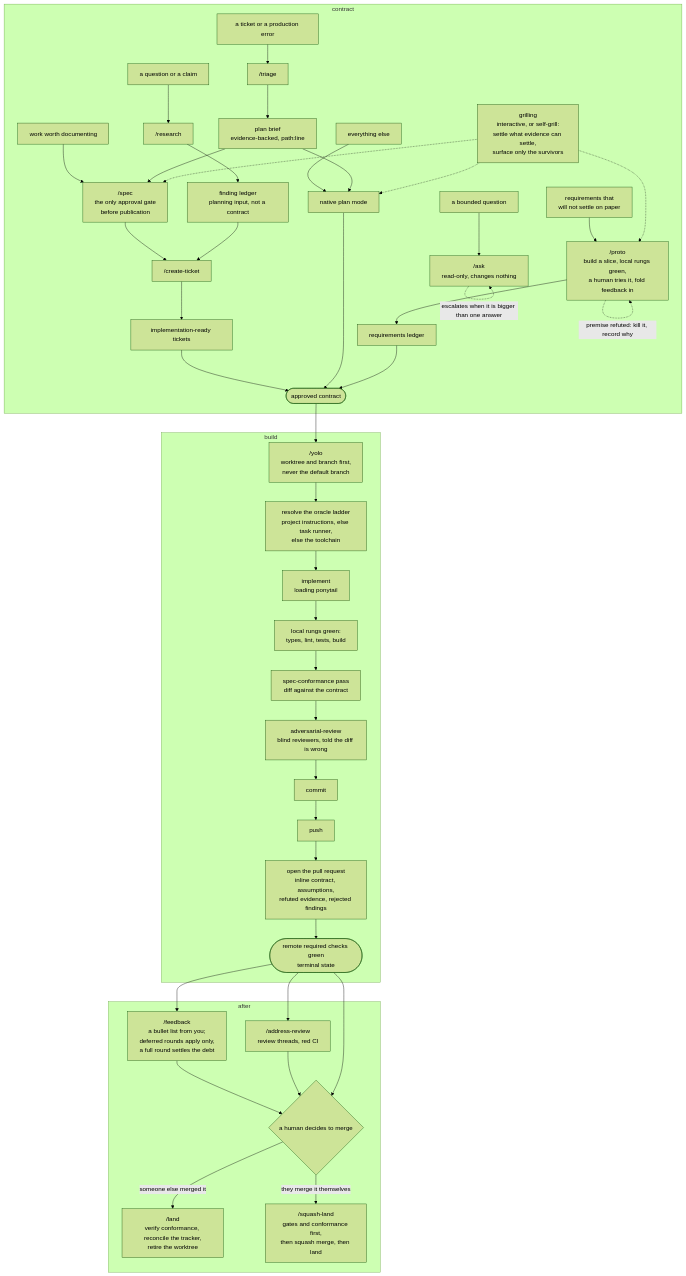
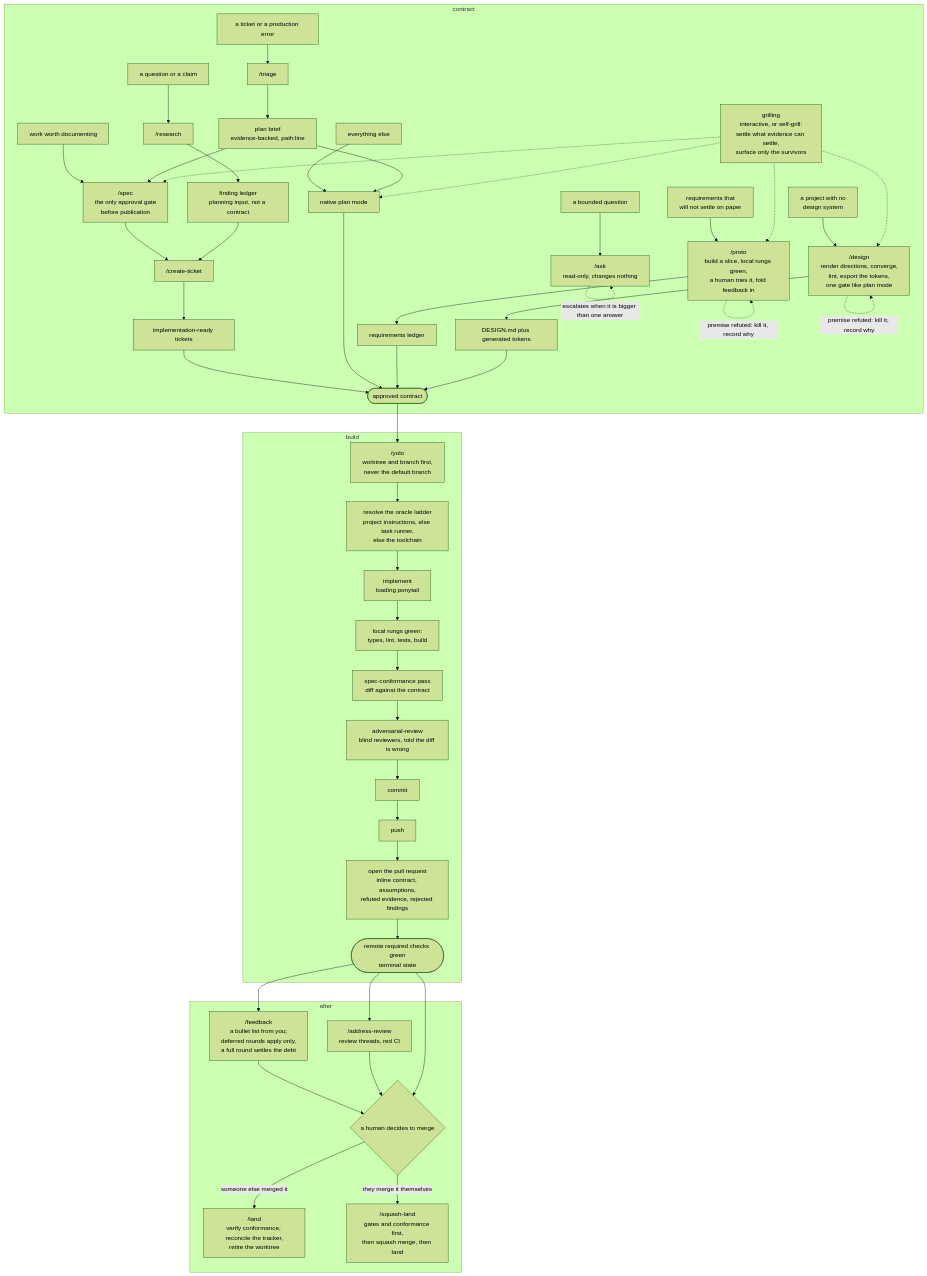
Before and after one commit to jvillegasd/harness: the first of 2 diagrams in harness/README.md, drawn with Mermaid (forest theme). The commit also changed other lines of this file and 6 other files, not shown here.

First line of the commit message:
feat(harness): add /design and the per-project DESIGN.md (#18)

````diff
--- a/harness/README.md
+++ b/harness/README.md
@@ -18,56 +18,62 @@
 ```mermaid
 flowchart TD
     subgraph CONTRACT["contract"]
         ask_in["a bounded question"] --> ask["/ask<br>read-only, changes nothing"]
         ask -.->|escalates when it is bigger than one answer| ask
 
         research_in["a question or a claim"] --> research["/research"]
         research --> ledger["finding ledger<br>planning input, not a contract"]
 
         triage_in["a ticket or a production error"] --> triage["/triage"]
         triage --> brief["plan brief<br>evidence-backed, path:line"]
 
         doc_in["work worth documenting"] --> spec["/spec<br>the only approval gate<br>before publication"]
         spec --> createticket["/create-ticket"]
         ledger --> createticket
         createticket --> ticket["implementation-ready tickets"]
 
         proto_in["requirements that<br>will not settle on paper"] --> proto["/proto<br>build a slice, local rungs green,<br>a human tries it, fold feedback in"]
         proto --> protoledger["requirements ledger"]
         proto -.->|premise refuted: kill it, record why| proto
 
+        design_in["a project with no<br>design system"] --> design["/design<br>render directions, converge,<br>lint, export the tokens,<br>one gate like plan mode"]
+        design --> designsystem["DESIGN.md plus generated tokens"]
+        design -.->|premise refuted: kill it, record why| design
+
         else_in["everything else"] --> plan["native plan mode"]
         brief --> plan
         brief --> spec
 
         grill["grilling<br>interactive, or self-grill:<br>settle what evidence can settle,<br>surface only the survivors"]
         grill -.-> spec
         grill -.-> plan
         grill -.-> proto
+        grill -.-> design
 
         ticket --> approval(["approved contract"])
         plan --> approval
         protoledger --> approval
+        designsystem --> approval
     end
 
     subgraph BUILD["build"]
         approval --> yolo["/yolo<br>worktree and branch first,<br>never the default branch"]
         yolo --> ladder["resolve the oracle ladder<br>project instructions, else task runner,<br>else the toolchain"]
         ladder --> implement["implement<br>loading ponytail"]
         implement --> rungs["local rungs green:<br>types, lint, tests, build"]
         rungs --> conform["spec-conformance pass<br>diff against the contract"]
         conform --> review["adversarial-review<br>blind reviewers, told the diff is wrong"]
         review --> commit["commit"] --> push["push"] --> pr["open the pull request<br>inline contract, assumptions,<br>refuted evidence, rejected findings"]
         pr --> checks(["remote required checks green<br>terminal state"])
     end
 
     subgraph AFTER["after"]
         checks --> feedback["/feedback<br>a bullet list from you;<br>deferred rounds apply only,<br>a full round settles the debt"]
         checks --> addressreview["/address-review<br>review threads, red CI"]
         feedback --> merge{"a human decides to merge"}
         addressreview --> merge
         checks --> merge
         merge -->|someone else merged it| land["/land<br>verify conformance, reconcile the tracker,<br>retire the worktree"]
         merge -->|they merge it themselves| squashland["/squash-land<br>gates and conformance first,<br>then squash merge, then land"]
     end
 ```
````
